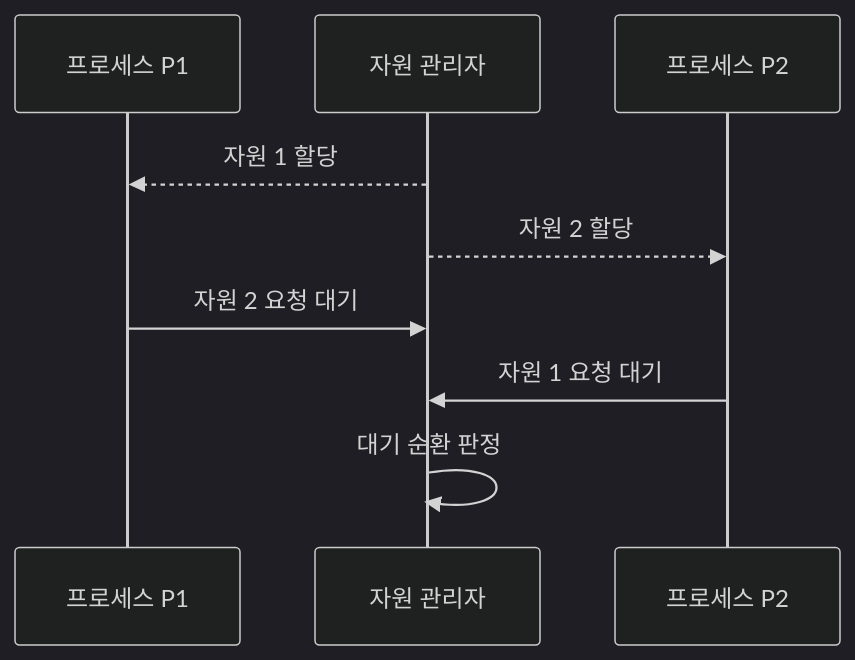
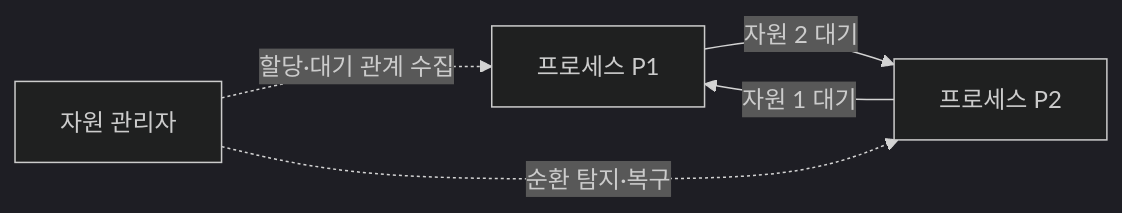
The diagram in src/content/docs/notes/03-software/009_deadlock.md (agnusdei1207/knowledge-base), drawn with Mermaid (dark theme) before and after one commit. The commit also changed other lines of this file and 6 other files, not shown here.

````diff
--- a/src/content/docs/notes/03-software/009_deadlock.md
+++ b/src/content/docs/notes/03-software/009_deadlock.md
@@ -75,11 +60,7 @@
 ```mermaid
-sequenceDiagram
-    participant P1 as 프로세스 P1
-    participant M as 자원 관리자
-    participant P2 as 프로세스 P2
-    M-->>P1: 자원 1 할당
-    M-->>P2: 자원 2 할당
-    P1->>M: 자원 2 요청 대기
-    P2->>M: 자원 1 요청 대기
-    M->>M: 대기 순환 판정
+flowchart LR
+    P1[프로세스 P1] -->|자원 2 대기| P2[프로세스 P2]
+    P2 -->|자원 1 대기| P1
+    M[자원 관리자] -.->|할당·대기 관계 수집| P1
+    M -.->|순환 탐지·복구| P2
 ```
````
